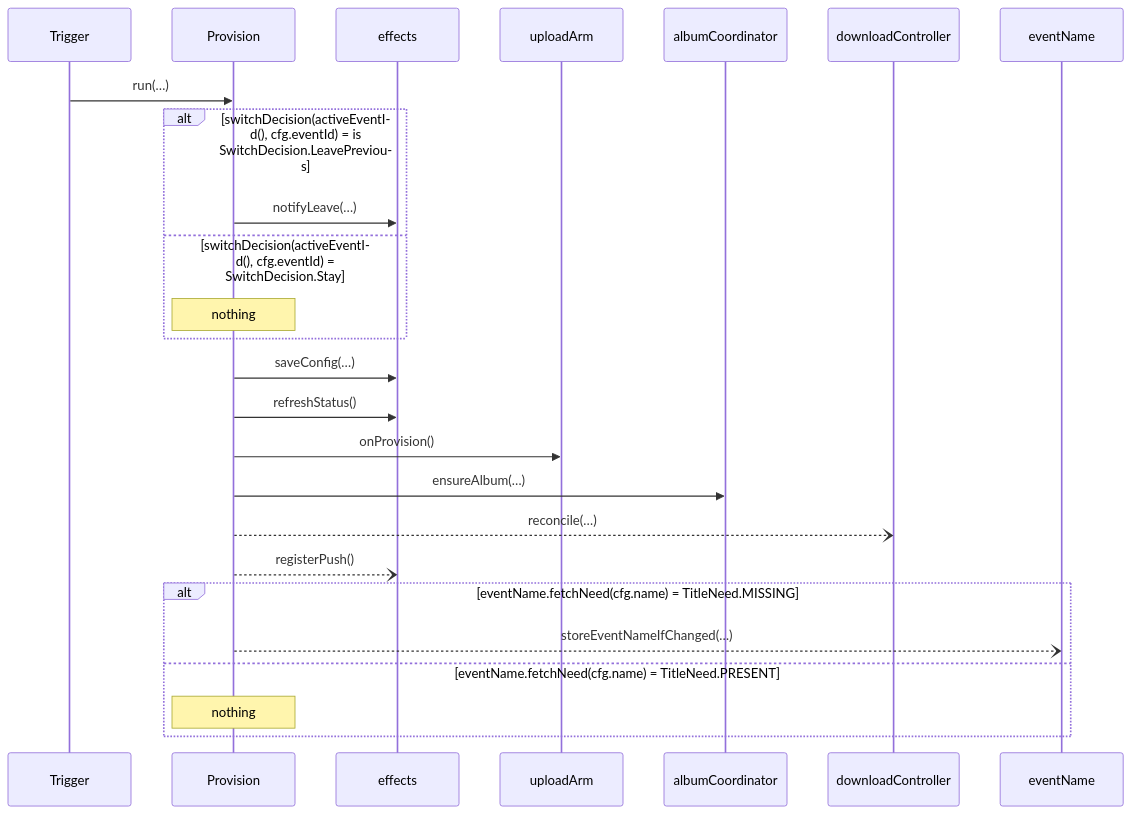
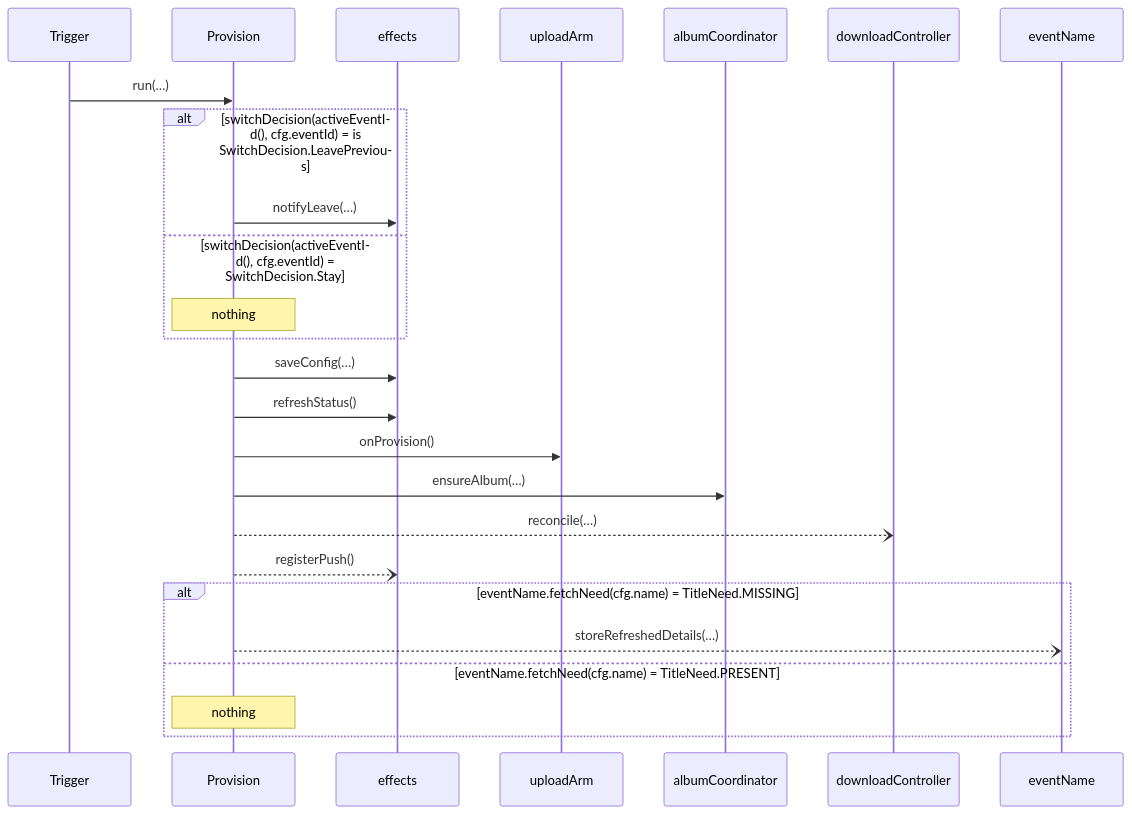
The diagram in architecture/flows/Provision.md (stefanhoelzl/SnapSync), drawn with Mermaid before and after one commit. The commit also changed 100 other files, not shown here.

````diff
--- a/architecture/flows/Provision.md
+++ b/architecture/flows/Provision.md
@@ -14,27 +14,27 @@
 ```mermaid
 sequenceDiagram
   participant Trigger
   participant Provision
   participant effects
   participant uploadArm
   participant albumCoordinator
   participant downloadController
   participant eventName
   Trigger->>Provision: run(…)
   alt switchDecision(activeEventId(), cfg.eventId) = is SwitchDecision.LeavePrevious
     Provision->>effects: notifyLeave(…)
   else switchDecision(activeEventId(), cfg.eventId) = SwitchDecision.Stay
     Note over Provision: nothing
   end
   Provision->>effects: saveConfig(…)
   Provision->>effects: refreshStatus()
   Provision->>uploadArm: onProvision()
   Provision->>albumCoordinator: ensureAlbum(…)
   Provision--)downloadController: reconcile(…)
   Provision--)effects: registerPush()
   alt eventName.fetchNeed(cfg.name) = TitleNeed.MISSING
-    Provision--)eventName: storeEventNameIfChanged(…)
+    Provision--)eventName: storeRefreshedDetails(…)
   else eventName.fetchNeed(cfg.name) = TitleNeed.PRESENT
     Note over Provision: nothing
   end
 ```
````
